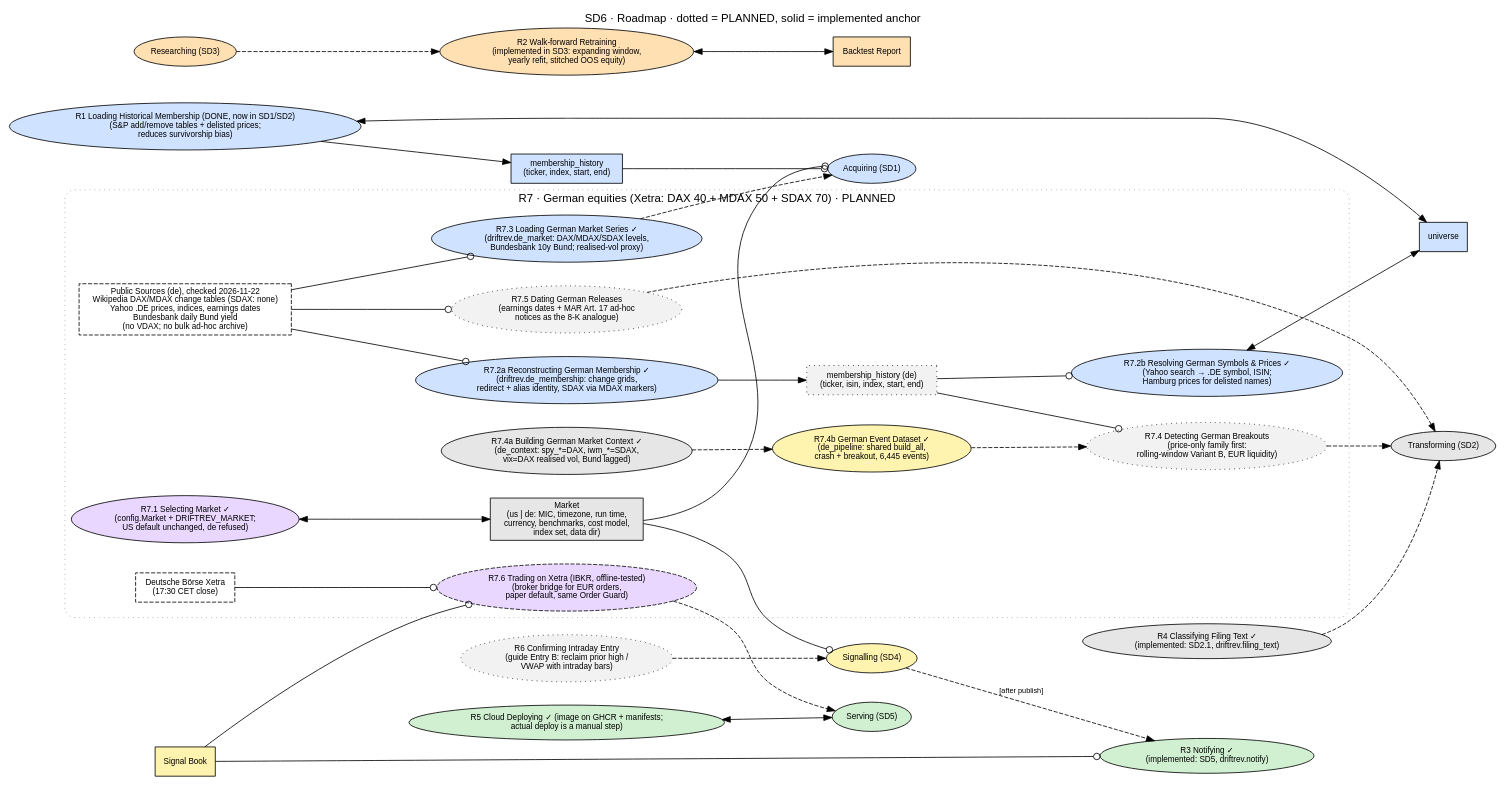
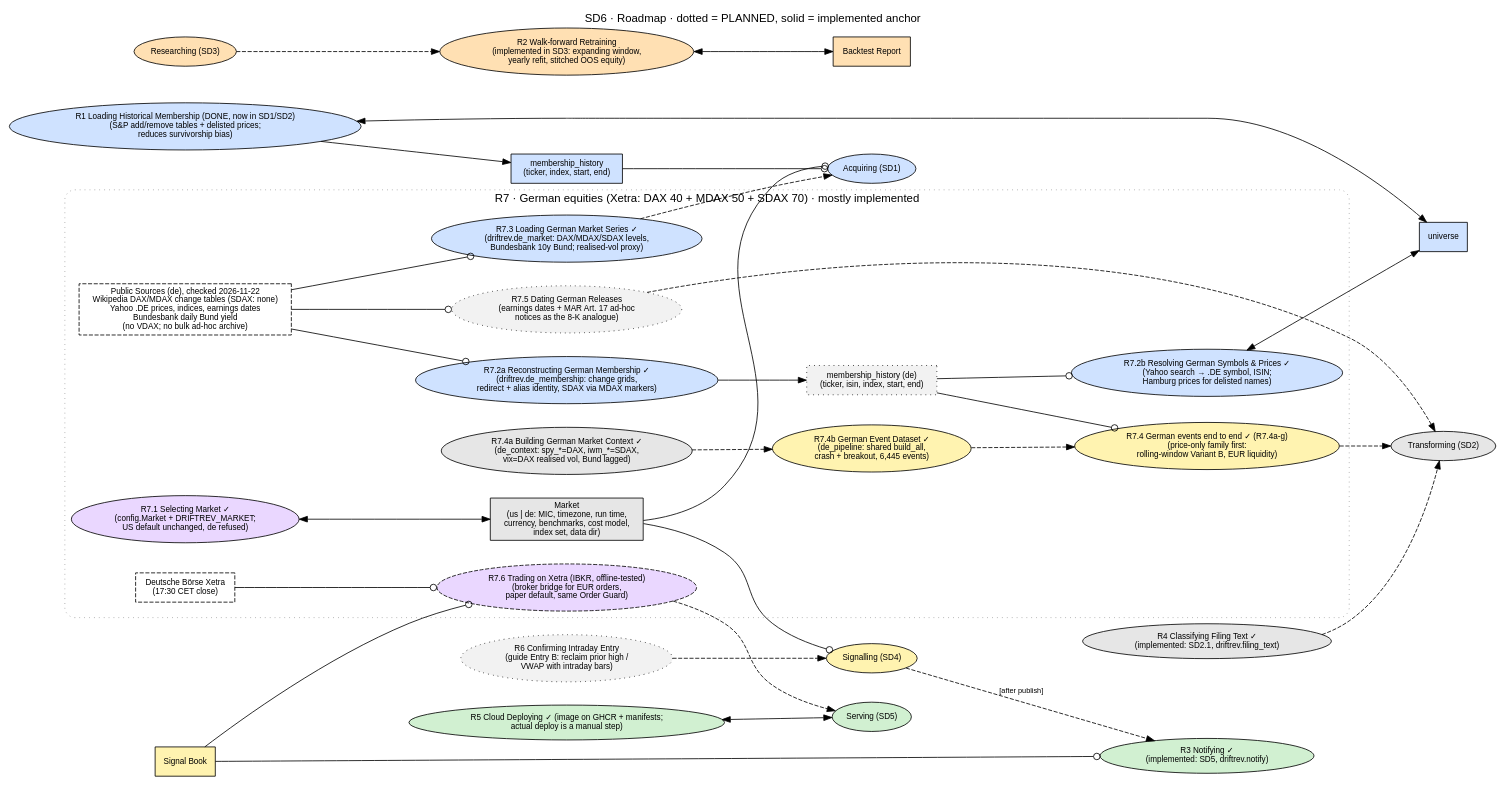
One commit to witold-andelie/stock_analysis_wentao changed the diagram in project/docs/architecture/opm/SD6_roadmap.dot. Above: the diagram before and after it, drawn with Graphviz. The commit also changed 11 other files, not shown here.

```diff
--- a/project/docs/architecture/opm/SD6_roadmap.dot
+++ b/project/docs/architecture/opm/SD6_roadmap.dot
@@ -1,61 +1,61 @@
 // SD6 · Roadmap: PLANNED processes (dotted) and where they attach to the implemented model.
 // Rule: a planned thing becomes solid only when its code, test and OPL sentence land together.
 digraph SD6 {
   graph [rankdir=LR, fontname="Helvetica", fontsize=14, labelloc=t, nodesep=0.4, ranksep=0.8,
          label="SD6 · Roadmap · dotted = PLANNED, solid = implemented anchor"];
   node  [fontname="Helvetica", fontsize=10, style=filled, fillcolor="#e6e6e6"];
   edge  [fontname="Helvetica", fontsize=9];
 
   // implemented anchors
   acquiring    [shape=ellipse, fillcolor="#cfe2ff", label="Acquiring (SD1)"];
   transforming [shape=ellipse, label="Transforming (SD2)"];
   researching  [shape=ellipse, fillcolor="#ffe0b3", label="Researching (SD3)"];
   signalling   [shape=ellipse, fillcolor="#fff3b0", label="Signalling (SD4)"];
   serving      [shape=ellipse, fillcolor="#d1f0d1", label="Serving (SD5)"];
   universe     [shape=box, fillcolor="#cfe2ff", label="universe"];
   report       [shape=box, fillcolor="#ffe0b3", label="Backtest Report"];
   book         [shape=box, fillcolor="#fff3b0", label="Signal Book"];
 
   // planned things
   r1 [shape=ellipse, fillcolor="#cfe2ff", label="R1 Loading Historical Membership (DONE, now in SD1/SD2)\n(S&P add/remove tables + delisted prices;\nreduces survivorship bias)"];
   r1o [shape=box, fillcolor="#cfe2ff", label="membership_history\n(ticker, index, start, end)"];
   r2 [shape=ellipse, style="filled", fillcolor="#ffe0b3", label="R2 Walk-forward Retraining\n(implemented in SD3: expanding window,\nyearly refit, stitched OOS equity)"];
   r3 [shape=ellipse, fillcolor="#d1f0d1", label="R3 Notifying ✓\n(implemented: SD5, driftrev.notify)"];
   r4 [shape=ellipse, fillcolor="#e6e6e6", label="R4 Classifying Filing Text ✓\n(implemented: SD2.1, driftrev.filing_text)"];
   r5 [shape=ellipse, fillcolor="#d1f0d1", label="R5 Cloud Deploying ✓ (image on GHCR + manifests;\nactual deploy is a manual step)"];
   r6 [shape=ellipse, style="filled,dotted", fillcolor="#f2f2f2", label="R6 Confirming Intraday Entry\n(guide Entry B: reclaim prior high /\nVWAP with intraday bars)"];
 
   r1 -> r1o; r1o -> acquiring [arrowhead=odot]; r1 -> universe [dir=both];
   researching -> r2 [style=dashed]; r2 -> report [dir=both];
   signalling -> r3 [style=dashed, label="[after publish]"]; book -> r3 [arrowhead=odot];
   r4 -> transforming [style=dashed];
   r5 -> serving [dir=both];
   r6 -> signalling [style=dashed];
 
   // R7 · German equities on Deutsche Börse Xetra (DAX + MDAX + SDAX). Order of delivery: R7.1 → R7.6.
   subgraph cluster_r7 {
-    label="R7 · German equities (Xetra: DAX 40 + MDAX 50 + SDAX 70) · PLANNED"; style="rounded,dotted"; color="#999999";
+    label="R7 · German equities (Xetra: DAX 40 + MDAX 50 + SDAX 70) · mostly implemented"; style="rounded,dotted"; color="#999999";
     node [style="filled,dotted", fillcolor="#f2f2f2"];
     market   [shape=box, style=filled, fillcolor="#e6e6e6", label="Market\n(us | de: MIC, timezone, run time,\ncurrency, benchmarks, cost model,\nindex set, data dir)"];
     r71 [shape=ellipse, style=filled, fillcolor="#ead7ff", label="R7.1 Selecting Market ✓\n(config.Market + DRIFTREV_MARKET;\nUS default unchanged, de refused)"];
     r72 [shape=ellipse, style=filled, fillcolor="#cfe2ff", label="R7.2a Reconstructing German Membership ✓\n(driftrev.de_membership: change grids,\nredirect + alias identity, SDAX via MDAX markers)"];
     r72b [shape=ellipse, style=filled, fillcolor="#cfe2ff", label="R7.2b Resolving German Symbols & Prices ✓\n(Yahoo search → .DE symbol, ISIN;\nHamburg prices for delisted names)"];
     r72o [shape=box, label="membership_history (de)\n(ticker, isin, index, start, end)"];
     r73 [shape=ellipse, style=filled, fillcolor="#cfe2ff", label="R7.3 Loading German Market Series ✓\n(driftrev.de_market: DAX/MDAX/SDAX levels,\nBundesbank 10y Bund; realised-vol proxy)"];
     r74b [shape=ellipse, style=filled, fillcolor="#fff3b0", label="R7.4b German Event Dataset ✓\n(de_pipeline: shared build_all,\ncrash + breakout, 6,445 events)"];
     r74a [shape=ellipse, style=filled, fillcolor="#e6e6e6", label="R7.4a Building German Market Context ✓\n(de_context: spy_*=DAX, iwm_*=SDAX,\nvix=DAX realised vol, Bund lagged)"];
-    r74 [shape=ellipse, label="R7.4 Detecting German Breakouts\n(price-only family first:\nrolling-window Variant B, EUR liquidity)"];
+    r74 [shape=ellipse, style=filled, fillcolor="#fff3b0", label="R7.4 German events end to end ✓ (R7.4a-g)\n(price-only family first:\nrolling-window Variant B, EUR liquidity)"];
     r75 [shape=ellipse, label="R7.5 Dating German Releases\n(earnings dates + MAR Art. 17 ad-hoc\nnotices as the 8-K analogue)"];
     r76 [shape=ellipse, style="filled,dashed", fillcolor="#ead7ff", label="R7.6 Trading on Xetra (IBKR, offline-tested)\n(broker bridge for EUR orders,\npaper default, same Order Guard)"];
     xetra [shape=box, style="filled,dashed", fillcolor="#ffffff", label="Deutsche Börse Xetra\n(17:30 CET close)"];
     srcs  [shape=box, style="filled,dashed", fillcolor="#ffffff", label="Public Sources (de), checked 2026-11-22\nWikipedia DAX/MDAX change tables (SDAX: none)\nYahoo .DE prices, indices, earnings dates\nBundesbank daily Bund yield\n(no VDAX; no bulk ad-hoc archive)"];
   }
 
   r71 -> market [dir=both];
   market -> acquiring [arrowhead=odot]; market -> signalling [arrowhead=odot];
   srcs -> r72 [arrowhead=odot]; r72 -> r72o; r72o -> r72b [arrowhead=odot]; r72b -> universe [dir=both];
   srcs -> r73 [arrowhead=odot]; r73 -> acquiring [style=dashed];
   r72o -> r74 [arrowhead=odot]; r74 -> transforming [style=dashed]; r74a -> r74b [style=dashed]; r74b -> r74 [style=dashed];
   srcs -> r75 [arrowhead=odot]; r75 -> transforming [style=dashed];
   book -> r76 [arrowhead=odot]; xetra -> r76 [arrowhead=odot]; r76 -> serving [style=dashed];
 }
```
